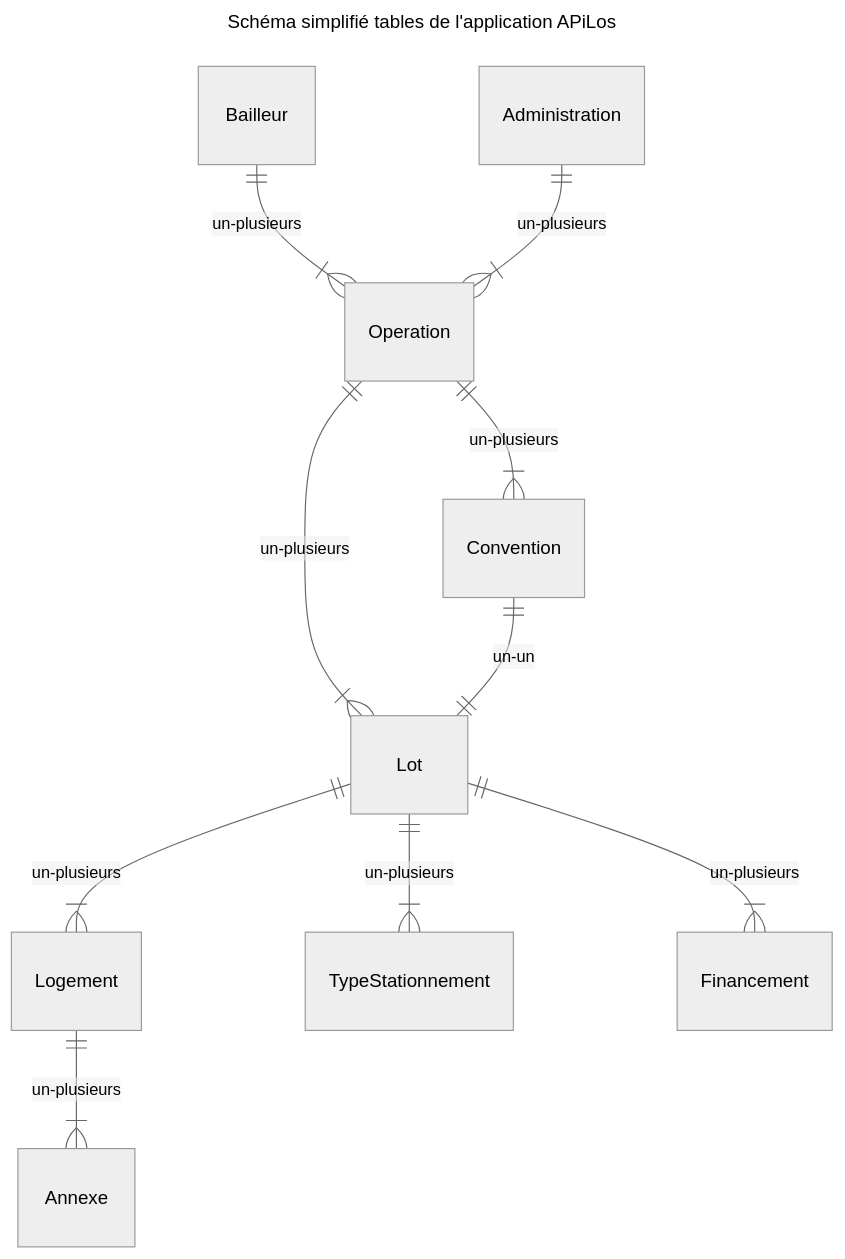
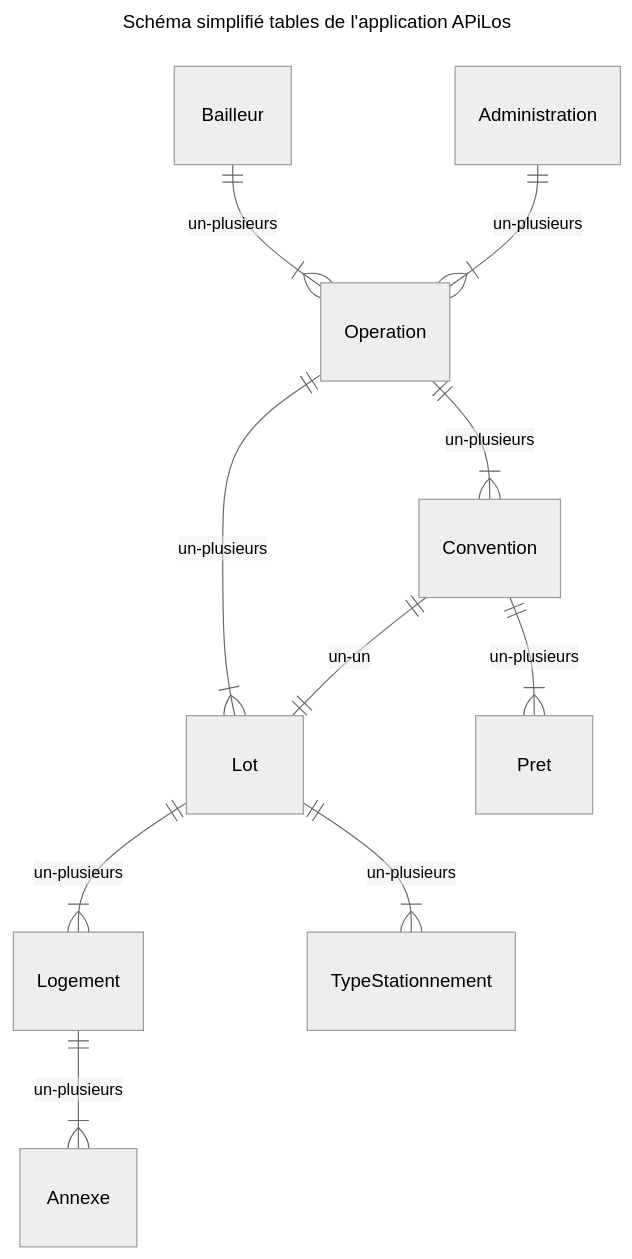
The first of 3 diagrams in README.md (MTES-MCT/apilos), drawn with Mermaid (neutral theme) before and after one commit. The commit also changed other lines of this file and 1 other file, not shown here.

Commit message:
fix Financement -> Prêt and attach it to Convention

````diff
--- a/README.md
+++ b/README.md
@@ -102,16 +102,16 @@
 ```mermaid
 ---
 title: Schéma simplifié tables de l'application APiLos
 ---
 
 erDiagram
     Bailleur ||--|{ Operation : un-plusieurs
     Administration ||--|{ Operation : un-plusieurs
     Operation ||--|{ Lot : un-plusieurs
     Operation ||--|{ Convention : un-plusieurs
     Convention ||--|| Lot : un-un
     Lot ||--|{ Logement : un-plusieurs
     Logement ||--|{ Annexe : un-plusieurs
     Lot ||--|{ TypeStationnement : un-plusieurs
-    Lot ||--|{ Financement : un-plusieurs
+    Convention ||--|{ Pret : un-plusieurs
 ```
````
